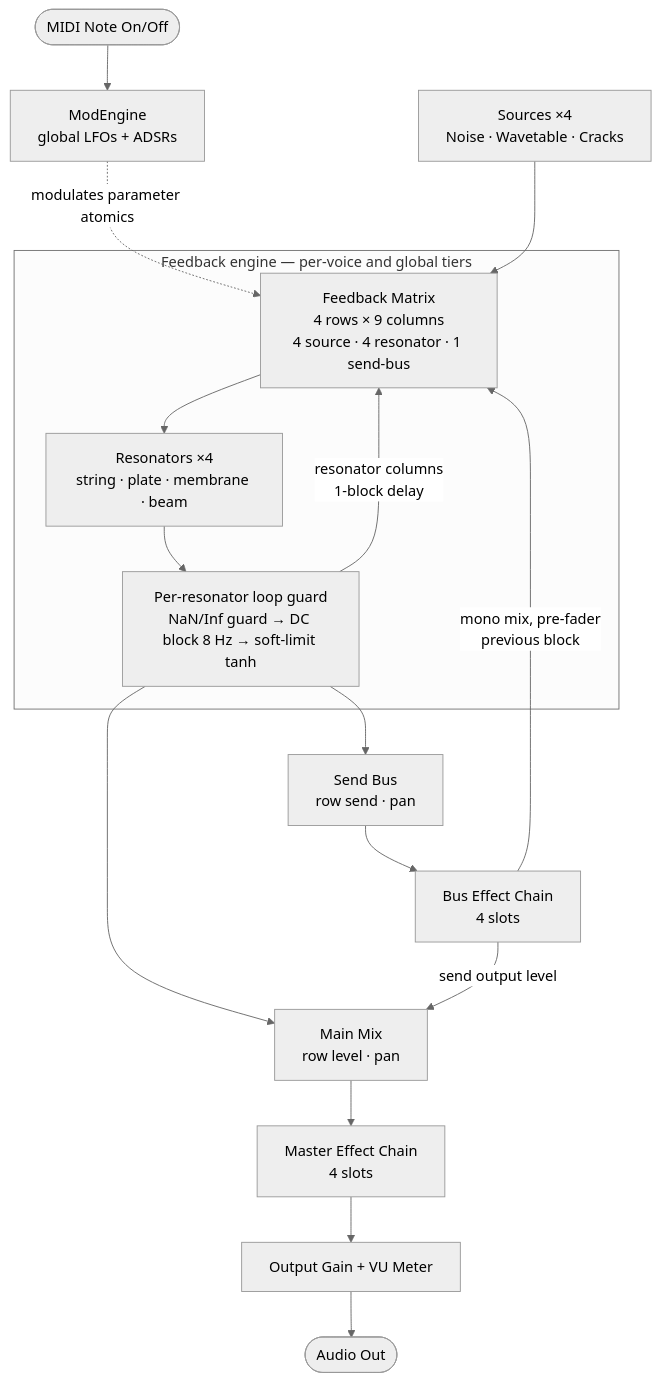
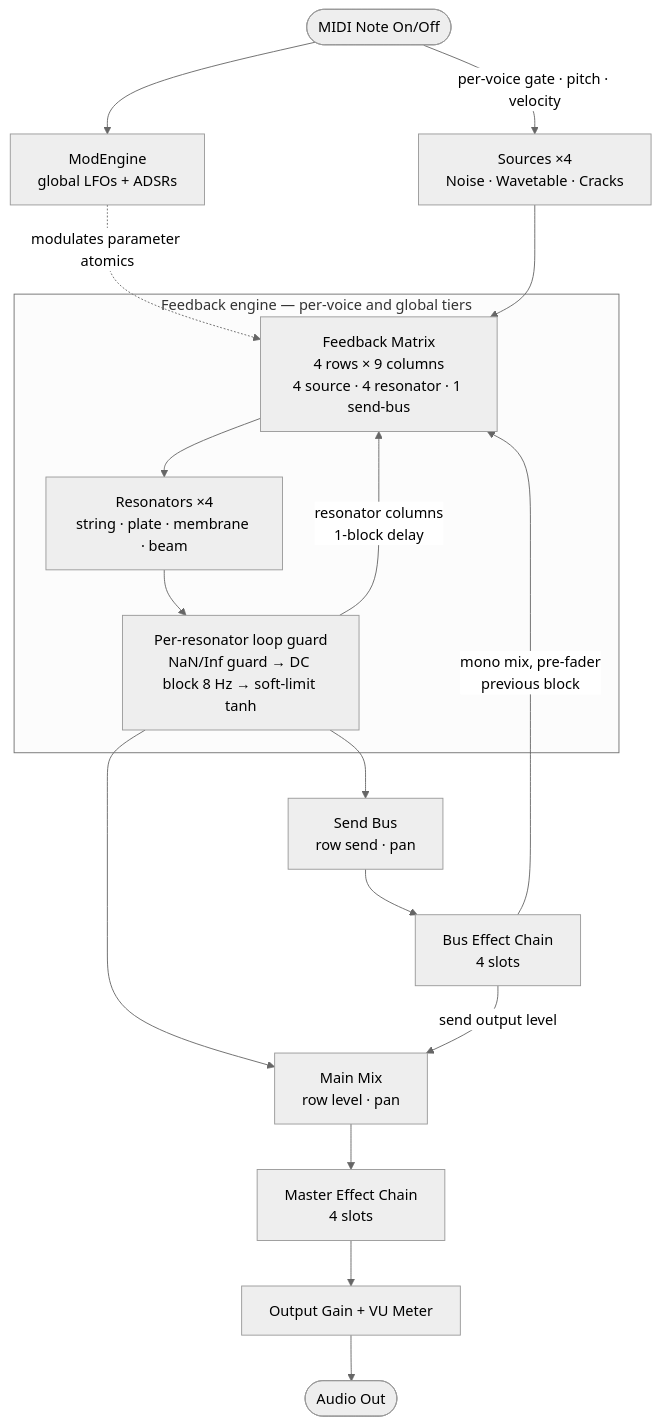
Before and after one commit to odoare/Mechanodd: the diagram in doc/AUDIO_ROUTING.md, drawn with Mermaid (neutral theme). The commit also changed other lines of this file and 13 other files, not shown here.

````diff
--- a/doc/AUDIO_ROUTING.md
+++ b/doc/AUDIO_ROUTING.md
@@ -10,24 +10,25 @@
 ```mermaid
 flowchart TD
     MIDI([MIDI Note On/Off]) --> MOD[ModEngine<br/>global LFOs + ADSRs]
     MOD -. modulates parameter atomics .-> MTX
 
+    MIDI -- "per-voice gate · pitch · velocity" --> SRC
     SRC[Sources ×4<br/>Noise · Wavetable · Cracks] --> MTX
 
     subgraph LOOP[Feedback engine — per-voice and global tiers]
         MTX[Feedback Matrix<br/>4 rows × 9 columns<br/>4 source · 4 resonator · 1 send-bus] --> RES[Resonators ×4<br/>string · plate · membrane · beam]
         RES --> GUARD[Per-resonator loop guard<br/>NaN/Inf guard → DC block 8 Hz → soft-limit tanh]
         GUARD -- "resonator columns<br/>1-block delay" --> MTX
     end
 
     GUARD --> MIX[Main Mix<br/>row level · pan]
     GUARD --> SEND[Send Bus<br/>row send · pan]
 
     SEND --> BUSFX[Bus Effect Chain<br/>4 slots]
     BUSFX -- "mono mix, pre-fader<br/>previous block" --> MTX
     BUSFX -- "send output level" --> MIX
 
     MIX --> MASTERFX[Master Effect Chain<br/>4 slots]
     MASTERFX --> OUTG[Output Gain + VU Meter]
     OUTG --> AOUT([Audio Out])
 ```
````
